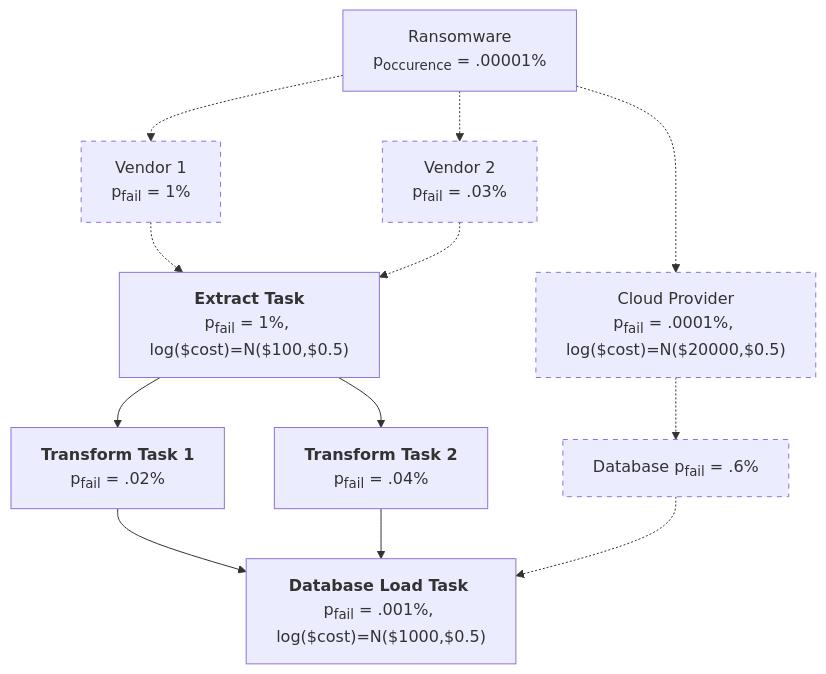
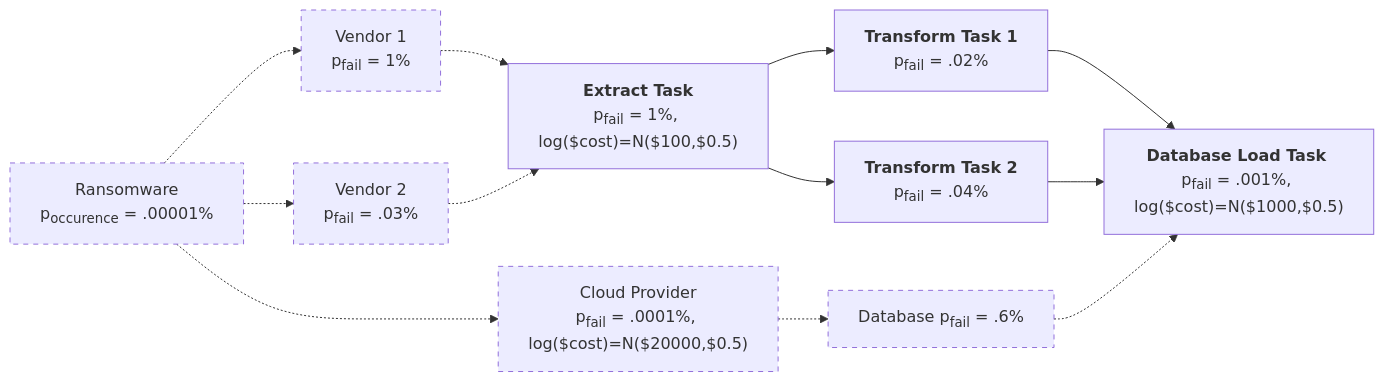
The second of 2 diagrams in README.md (ExpandThenSimplify/RiskDAG), drawn with Mermaid before and after one commit. The commit also changed other lines of this file, not shown here.

Commit message:
Left-Right workflow

````diff
--- a/README.md
+++ b/README.md
@@ -19,20 +19,21 @@
 ```mermaid
-graph TD;
+graph LR;
     RW["Ransomware <br>p<sub>occurence</sub> = .00001%"] -.-> CS;
     RW -.-> V1;
     RW -.-> V2;
     V1["Vendor 1<br>p<sub>fail</sub> = 1%"] -.-> E["<b>Extract Task</b><br>p<sub>fail</sub> = 1%, log($cost)=N($100,$0.5)"];
     V2[Vendor 2<br>p<sub>fail</sub> = .03%] -.-> E;
     E --> T1[<b>Transform Task 1</b><br>p<sub>fail</sub> = .02%];
     E --> T2[<b>Transform Task 2</b><br>p<sub>fail</sub> = .04%];
     T1 --> L["<b>Database Load Task</b> <br>p<sub>fail</sub> = .001%, log($cost)=N($1000,$0.5)"];
     T2 --> L;
     CS["Cloud Provider<br>p<sub>fail</sub> = .0001%, log($cost)=N($20000,$0.5)"] -.-> DB["Database p<sub>fail</sub> = .6%"];
     DB -.-> L;
 
     classDef dashed stroke-dasharray: 5 5;
     V1:::dashed;
     V2:::dashed;
     DB:::dashed;
     CS:::dashed;    
+    RW:::dashed;      
 ```
````
